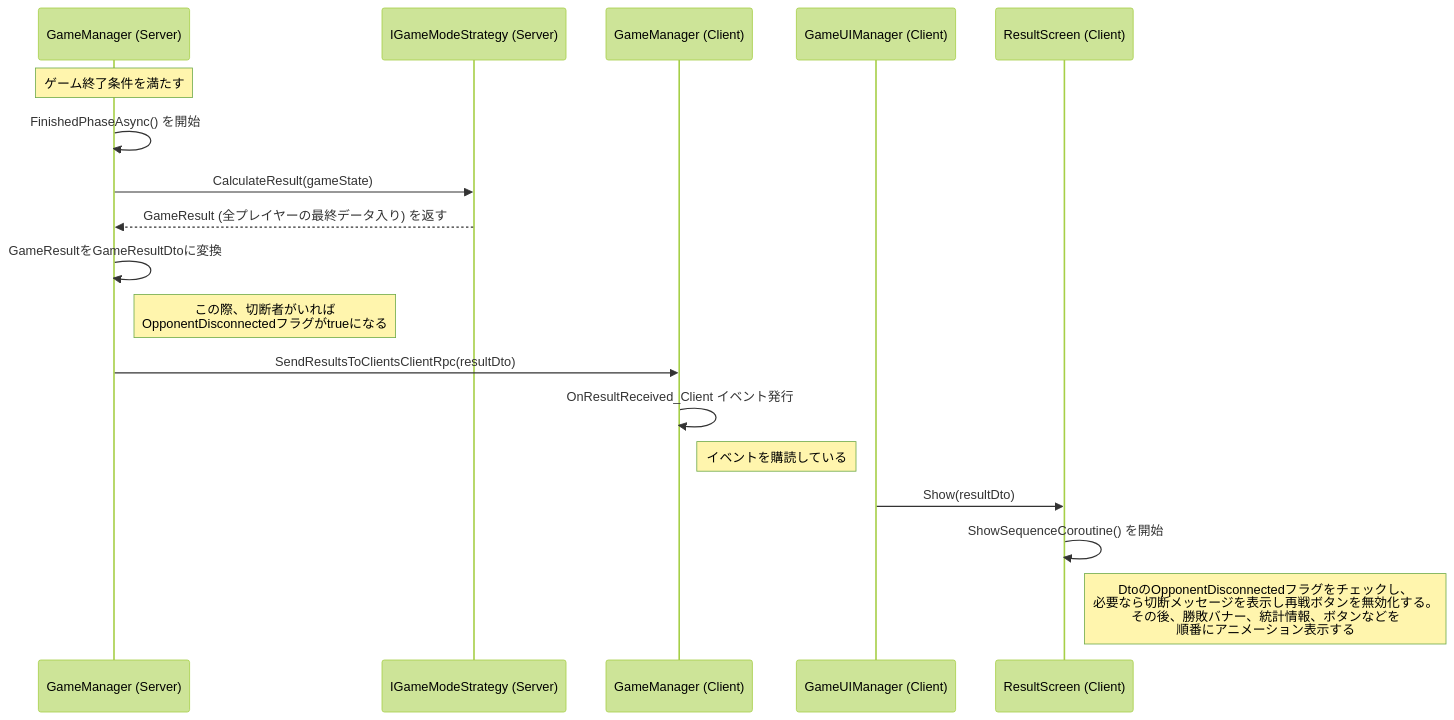
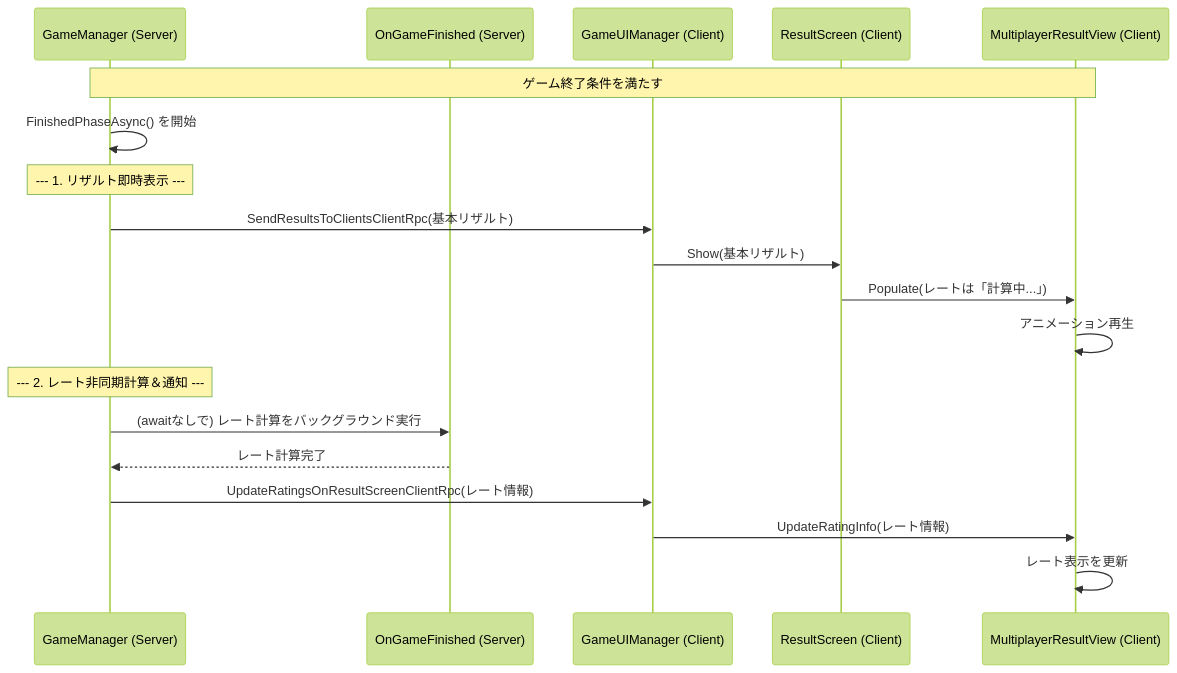
Before and after one commit to C4P3/TypingSurvivor: the fifth of 5 diagrams in Assets/_Project/Data-Flow.md, drawn with Mermaid (forest theme). The commit also changed other lines of this file and 3 other files, not shown here.

````diff
--- a/Assets/_Project/Data-Flow.md
+++ b/Assets/_Project/Data-Flow.md
@@ -97,25 +128,24 @@
 ```mermaid
 sequenceDiagram
     participant S_GameManager as GameManager (Server)
-    participant S_Strategy as IGameModeStrategy (Server)
-    participant C_GameManager as GameManager (Client)
+    participant S_CloudCode as OnGameFinished (Server)
     participant C_UIManager as GameUIManager (Client)
     participant C_ResultScreen as ResultScreen (Client)
+    participant C_ResultView as MultiplayerResultView (Client)
 
-    Note over S_GameManager: ゲーム終了条件を満たす
+    Note over S_GameManager, C_ResultView: ゲーム終了条件を満たす
     S_GameManager->>S_GameManager: FinishedPhaseAsync() を開始
-    S_GameManager->>S_Strategy: CalculateResult(gameState)
-    S_Strategy-->>S_GameManager: GameResult (全プレイヤーの最終データ入り) を返す
+    
+    Note over S_GameManager: --- 1. リザルト即時表示 ---
+    S_GameManager->>C_UIManager: SendResultsToClientsClientRpc(基本リザルト)
+    C_UIManager->>C_ResultScreen: Show(基本リザルト)
+    C_ResultScreen->>C_ResultView: Populate(レートは「計算中...」)
+    C_ResultView->>C_ResultView: アニメーション再生
 
-    S_GameManager->>S_GameManager: GameResultをGameResultDtoに変換
-    note right of S_GameManager: この際、切断者がいれば<br>OpponentDisconnectedフラグがtrueになる
-    S_GameManager->>C_GameManager: SendResultsToClientsClientRpc(resultDto)
-
-    C_GameManager->>C_GameManager: OnResultReceived_Client イベント発行
-    
-    Note left of C_UIManager: イベントを購読している
-    C_UIManager->>C_ResultScreen: Show(resultDto)
-
-    C_ResultScreen->>C_ResultScreen: ShowSequenceCoroutine() を開始
-    Note right of C_ResultScreen: DtoのOpponentDisconnectedフラグをチェックし、<br>必要なら切断メッセージを表示し再戦ボタンを無効化する。<br>その後、勝敗バナー、統計情報、ボタンなどを<br>順番にアニメーション表示する
+    Note over S_GameManager: --- 2. レート非同期計算＆通知 ---
+    S_GameManager->>S_CloudCode: (awaitなしで) レート計算をバックグラウンド実行
+    S_CloudCode-->>S_GameManager: レート計算完了
+    S_GameManager->>C_UIManager: UpdateRatingsOnResultScreenClientRpc(レート情報)
+    C_UIManager->>C_ResultView: UpdateRatingInfo(レート情報)
+    C_ResultView->>C_ResultView: レート表示を更新
 ```
````
